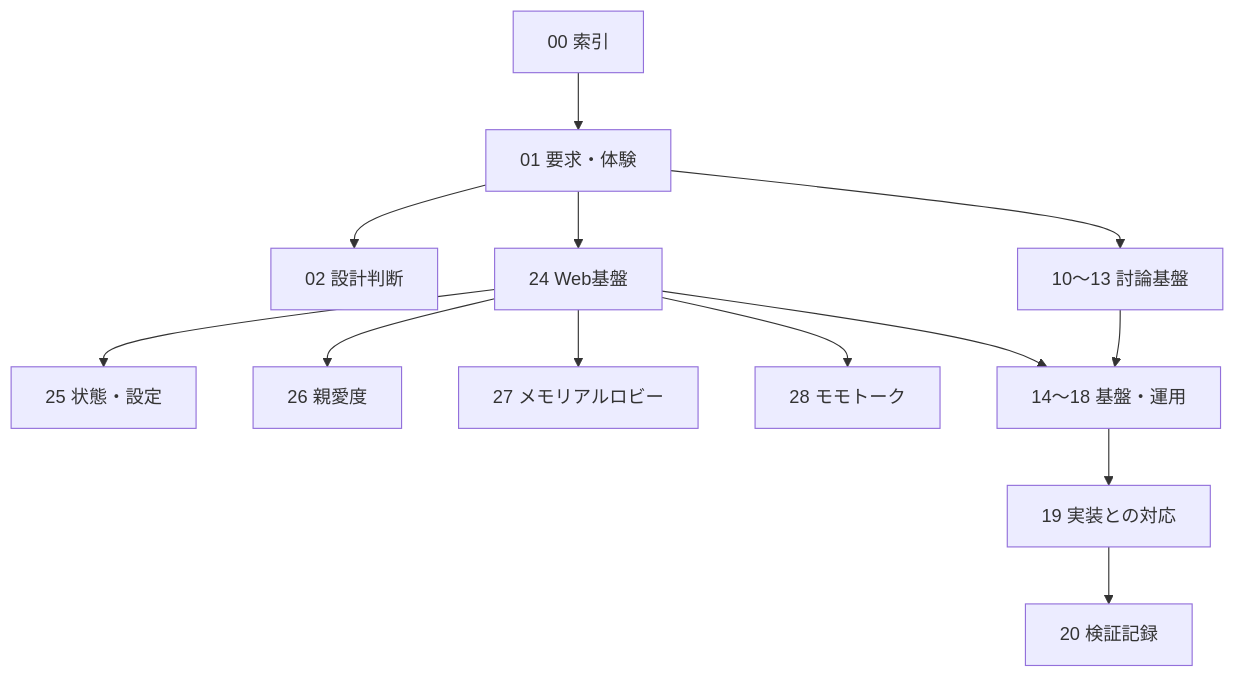
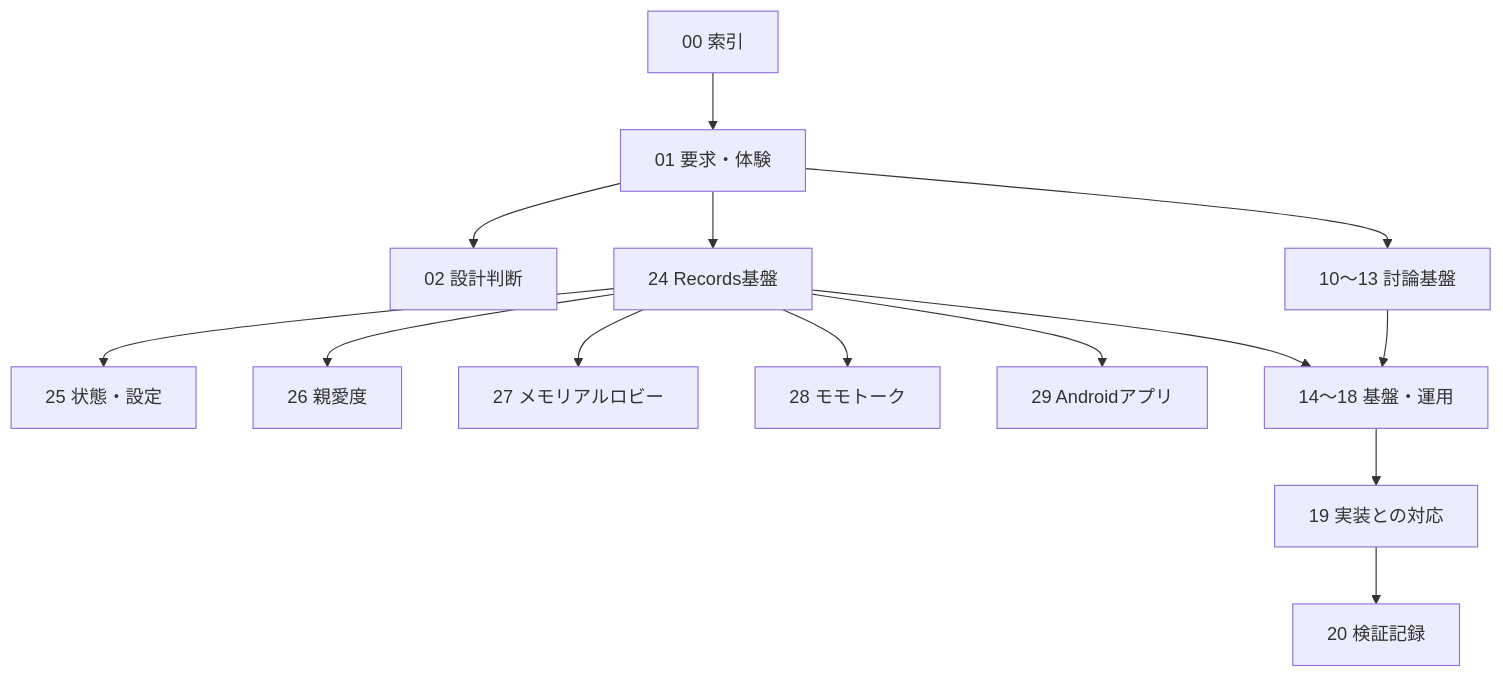
Before and after one commit to pitekusu/shittim-chest: the diagram in docs/00_シッテムの箱_ドキュメント索引.md, drawn with Mermaid. The commit also changed other lines of this file and 23 other files, not shown here.

````diff
--- a/docs/00_シッテムの箱_ドキュメント索引.md
+++ b/docs/00_シッテムの箱_ドキュメント索引.md
@@ -26,15 +27,16 @@
 ```mermaid
 flowchart TD
     Entry[00 索引] --> Product[01 要求・体験]
     Product --> Decisions[02 設計判断]
     Product --> Core[10〜13 討論基盤]
-    Product --> Web[24 Web基盤]
-    Web --> Admin[25 状態・設定]
-    Web --> Affection[26 親愛度]
-    Web --> Memorial[27 メモリアルロビー]
-    Web --> Momotalk[28 モモトーク]
+    Product --> Records[24 Records基盤]
+    Records --> Admin[25 状態・設定]
+    Records --> Affection[26 親愛度]
+    Records --> Memorial[27 メモリアルロビー]
+    Records --> Momotalk[28 モモトーク]
+    Records --> Android[29 Androidアプリ]
     Core --> Operations[14〜18 基盤・運用]
-    Web --> Operations
+    Records --> Operations
     Operations --> Trace[19 実装との対応]
     Trace --> Evidence[20 検証記録]
 ```
````
